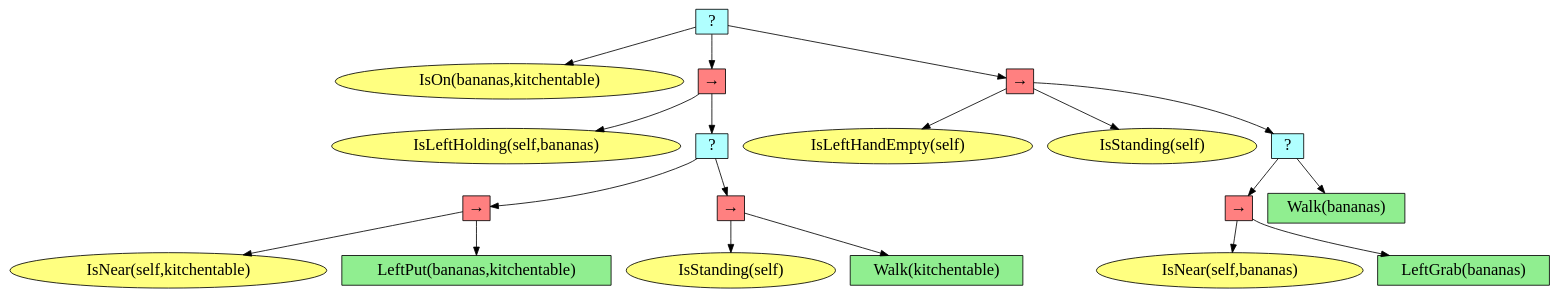
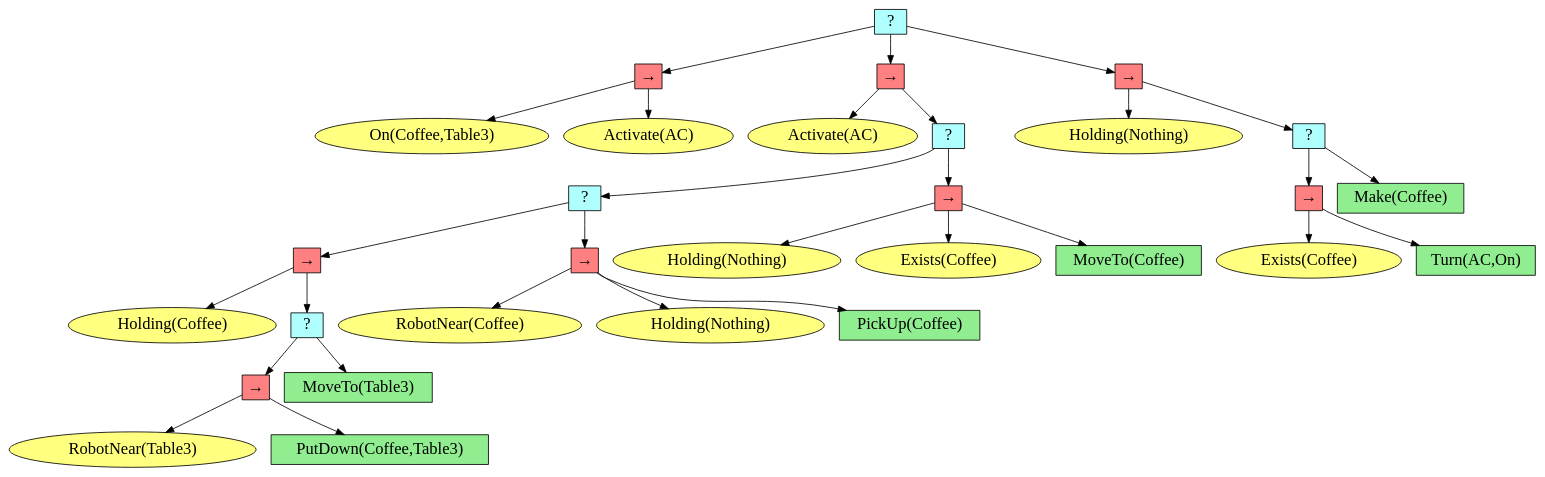
The diagram in test_exp/behavior_tree.dot (DIDS-EI/BTPG), drawn with Graphviz before and after one commit. The commit also changed 122 other files, not shown here.

```diff
--- a/test_exp/behavior_tree.dot
+++ b/test_exp/behavior_tree.dot
@@ -1,43 +1,65 @@
 digraph pastafarianism {
 ordering=out;
 graph [fontname="times-roman"];
 node [fontname="times-roman"];
 edge [fontname="times-roman"];
-"40f82983-9d9c-406b-8596-ec997982a6ed" [fillcolor="#B0FFFF", fontcolor=black, fontsize=20, height=0.01, label=" ? ", shape=box, style=filled, width=0.01];
-"16200e71-0574-4304-a02e-e43d4520b7f6" [fillcolor="#FFFF80", fontcolor=black, fontsize=20, label="IsOn(bananas,kitchentable)", shape=ellipse, style=filled];
-"40f82983-9d9c-406b-8596-ec997982a6ed" -> "16200e71-0574-4304-a02e-e43d4520b7f6";
-"a3d5c5c7-b396-41d6-abc4-cf937ff321f8" [fillcolor="#FF8080", fontcolor=black, fontsize=20, height=0.01, label="&rarr;", shape=box, style=filled, width=0.01];
-"40f82983-9d9c-406b-8596-ec997982a6ed" -> "a3d5c5c7-b396-41d6-abc4-cf937ff321f8";
-"e4f90367-a468-4d9b-9986-2e297e361738" [fillcolor="#FFFF80", fontcolor=black, fontsize=20, label="IsLeftHolding(self,bananas)", shape=ellipse, style=filled];
-"a3d5c5c7-b396-41d6-abc4-cf937ff321f8" -> "e4f90367-a468-4d9b-9986-2e297e361738";
-"5a3b6505-2d5f-41e8-a112-a7fbfb0b7207" [fillcolor="#B0FFFF", fontcolor=black, fontsize=20, height=0.01, label=" ? ", shape=box, style=filled, width=0.01];
-"a3d5c5c7-b396-41d6-abc4-cf937ff321f8" -> "5a3b6505-2d5f-41e8-a112-a7fbfb0b7207";
-"6379d0ea-50d9-4bb2-a4da-4aa83838ca2d" [fillcolor="#FF8080", fontcolor=black, fontsize=20, height=0.01, label="&rarr;", shape=box, style=filled, width=0.01];
-"5a3b6505-2d5f-41e8-a112-a7fbfb0b7207" -> "6379d0ea-50d9-4bb2-a4da-4aa83838ca2d";
-"ab361e4c-1574-41ef-80e0-39c66134d927" [fillcolor="#FFFF80", fontcolor=black, fontsize=20, label="IsNear(self,kitchentable)", shape=ellipse, style=filled];
-"6379d0ea-50d9-4bb2-a4da-4aa83838ca2d" -> "ab361e4c-1574-41ef-80e0-39c66134d927";
-"bf61431f-1dd8-4c15-87e6-ecb0b1310901" [fillcolor=lightgreen, fontcolor=black, fontsize=20, label="LeftPut(bananas,kitchentable)", shape=box, style=filled];
-"6379d0ea-50d9-4bb2-a4da-4aa83838ca2d" -> "bf61431f-1dd8-4c15-87e6-ecb0b1310901";
-"74c73ca9-314f-4df0-a4b1-ecd2e4e188db" [fillcolor="#FF8080", fontcolor=black, fontsize=20, height=0.01, label="&rarr;", shape=box, style=filled, width=0.01];
-"5a3b6505-2d5f-41e8-a112-a7fbfb0b7207" -> "74c73ca9-314f-4df0-a4b1-ecd2e4e188db";
-"d01ee830-f73d-4e5c-ac31-7da692244c28" [fillcolor="#FFFF80", fontcolor=black, fontsize=20, label="IsStanding(self)", shape=ellipse, style=filled];
-"74c73ca9-314f-4df0-a4b1-ecd2e4e188db" -> "d01ee830-f73d-4e5c-ac31-7da692244c28";
-"3198800f-9385-4e59-a275-16dbc992dbc7" [fillcolor=lightgreen, fontcolor=black, fontsize=20, label="Walk(kitchentable)", shape=box, style=filled];
-"74c73ca9-314f-4df0-a4b1-ecd2e4e188db" -> "3198800f-9385-4e59-a275-16dbc992dbc7";
-"9b5aa33a-eee5-478f-9d2c-d781448f0702" [fillcolor="#FF8080", fontcolor=black, fontsize=20, height=0.01, label="&rarr;", shape=box, style=filled, width=0.01];
-"40f82983-9d9c-406b-8596-ec997982a6ed" -> "9b5aa33a-eee5-478f-9d2c-d781448f0702";
-"8ae724f1-8840-4f36-9e93-8e6c21063c74" [fillcolor="#FFFF80", fontcolor=black, fontsize=20, label="IsLeftHandEmpty(self)", shape=ellipse, style=filled];
-"9b5aa33a-eee5-478f-9d2c-d781448f0702" -> "8ae724f1-8840-4f36-9e93-8e6c21063c74";
-"03ac7de2-fa3b-4048-a3b3-c958cc95be7e" [fillcolor="#FFFF80", fontcolor=black, fontsize=20, label="IsStanding(self)", shape=ellipse, style=filled];
-"9b5aa33a-eee5-478f-9d2c-d781448f0702" -> "03ac7de2-fa3b-4048-a3b3-c958cc95be7e";
-"6b944195-2440-4d86-be34-6f605774c98a" [fillcolor="#B0FFFF", fontcolor=black, fontsize=20, height=0.01, label=" ? ", shape=box, style=filled, width=0.01];
-"9b5aa33a-eee5-478f-9d2c-d781448f0702" -> "6b944195-2440-4d86-be34-6f605774c98a";
-"51a212ee-7208-40d9-b470-fb4bcd508642" [fillcolor="#FF8080", fontcolor=black, fontsize=20, height=0.01, label="&rarr;", shape=box, style=filled, width=0.01];
-"6b944195-2440-4d86-be34-6f605774c98a" -> "51a212ee-7208-40d9-b470-fb4bcd508642";
-"e76e73ae-3564-4c4c-bcc8-80feda7fb6dc" [fillcolor="#FFFF80", fontcolor=black, fontsize=20, label="IsNear(self,bananas)", shape=ellipse, style=filled];
-"51a212ee-7208-40d9-b470-fb4bcd508642" -> "e76e73ae-3564-4c4c-bcc8-80feda7fb6dc";
-"1214ef18-2906-473e-bc9c-2d9bc7a5118d" [fillcolor=lightgreen, fontcolor=black, fontsize=20, label="LeftGrab(bananas)", shape=box, style=filled];
-"51a212ee-7208-40d9-b470-fb4bcd508642" -> "1214ef18-2906-473e-bc9c-2d9bc7a5118d";
-"0d3661cf-f8e1-4c2d-b9e7-064c564ba4e1" [fillcolor=lightgreen, fontcolor=black, fontsize=20, label="Walk(bananas)", shape=box, style=filled];
-"6b944195-2440-4d86-be34-6f605774c98a" -> "0d3661cf-f8e1-4c2d-b9e7-064c564ba4e1";
+"50680822-8e47-41cf-b32c-23c562c227e6" [fillcolor="#B0FFFF", fontcolor=black, fontsize=20, height=0.01, label=" ? ", shape=box, style=filled, width=0.01];
+"8c1f03a9-753e-4ec4-8f8c-b8338b1f7605" [fillcolor="#FF8080", fontcolor=black, fontsize=20, height=0.01, label="&rarr;", shape=box, style=filled, width=0.01];
+"50680822-8e47-41cf-b32c-23c562c227e6" -> "8c1f03a9-753e-4ec4-8f8c-b8338b1f7605";
+"e6656691-579c-4e60-a2ee-961c8ffc5c30" [fillcolor="#FFFF80", fontcolor=black, fontsize=20, label="On(Coffee,Table3)", shape=ellipse, style=filled];
+"8c1f03a9-753e-4ec4-8f8c-b8338b1f7605" -> "e6656691-579c-4e60-a2ee-961c8ffc5c30";
+"e9ea0b88-65bd-43b9-86c2-92b1bd54bc23" [fillcolor="#FFFF80", fontcolor=black, fontsize=20, label="Activate(AC)", shape=ellipse, style=filled];
+"8c1f03a9-753e-4ec4-8f8c-b8338b1f7605" -> "e9ea0b88-65bd-43b9-86c2-92b1bd54bc23";
+"9cfd6960-1d68-43d5-9827-5c3369c995dd" [fillcolor="#FF8080", fontcolor=black, fontsize=20, height=0.01, label="&rarr;", shape=box, style=filled, width=0.01];
+"50680822-8e47-41cf-b32c-23c562c227e6" -> "9cfd6960-1d68-43d5-9827-5c3369c995dd";
+"bba1da41-0f1e-4c0f-8a77-36927a8a5d1b" [fillcolor="#FFFF80", fontcolor=black, fontsize=20, label="Activate(AC)", shape=ellipse, style=filled];
+"9cfd6960-1d68-43d5-9827-5c3369c995dd" -> "bba1da41-0f1e-4c0f-8a77-36927a8a5d1b";
+"1c739dbb-5350-4b6c-ba73-3d50d4c93bfd" [fillcolor="#B0FFFF", fontcolor=black, fontsize=20, height=0.01, label=" ? ", shape=box, style=filled, width=0.01];
+"9cfd6960-1d68-43d5-9827-5c3369c995dd" -> "1c739dbb-5350-4b6c-ba73-3d50d4c93bfd";
+"cce75249-d9fd-4e65-abea-160337b1f96b" [fillcolor="#B0FFFF", fontcolor=black, fontsize=20, height=0.01, label=" ? ", shape=box, style=filled, width=0.01];
+"1c739dbb-5350-4b6c-ba73-3d50d4c93bfd" -> "cce75249-d9fd-4e65-abea-160337b1f96b";
+"4bb018f9-5f77-4922-a4fa-0d0c6ab7f91e" [fillcolor="#FF8080", fontcolor=black, fontsize=20, height=0.01, label="&rarr;", shape=box, style=filled, width=0.01];
+"cce75249-d9fd-4e65-abea-160337b1f96b" -> "4bb018f9-5f77-4922-a4fa-0d0c6ab7f91e";
+"f1089355-c016-4cb1-b1e2-9493f795153b" [fillcolor="#FFFF80", fontcolor=black, fontsize=20, label="Holding(Coffee)", shape=ellipse, style=filled];
+"4bb018f9-5f77-4922-a4fa-0d0c6ab7f91e" -> "f1089355-c016-4cb1-b1e2-9493f795153b";
+"4da8dc95-eb01-4bb1-9cfe-b1e9e3fd81b2" [fillcolor="#B0FFFF", fontcolor=black, fontsize=20, height=0.01, label=" ? ", shape=box, style=filled, width=0.01];
+"4bb018f9-5f77-4922-a4fa-0d0c6ab7f91e" -> "4da8dc95-eb01-4bb1-9cfe-b1e9e3fd81b2";
+"f012afdc-2e4a-47f4-86ca-e5a84ec4fba2" [fillcolor="#FF8080", fontcolor=black, fontsize=20, height=0.01, label="&rarr;", shape=box, style=filled, width=0.01];
+"4da8dc95-eb01-4bb1-9cfe-b1e9e3fd81b2" -> "f012afdc-2e4a-47f4-86ca-e5a84ec4fba2";
+"adc20bb1-71ec-4710-8823-14a958c0e207" [fillcolor="#FFFF80", fontcolor=black, fontsize=20, label="RobotNear(Table3)", shape=ellipse, style=filled];
+"f012afdc-2e4a-47f4-86ca-e5a84ec4fba2" -> "adc20bb1-71ec-4710-8823-14a958c0e207";
+"fabc77a7-5436-4d52-af07-84bd445ab112" [fillcolor=lightgreen, fontcolor=black, fontsize=20, label="PutDown(Coffee,Table3)", shape=box, style=filled];
+"f012afdc-2e4a-47f4-86ca-e5a84ec4fba2" -> "fabc77a7-5436-4d52-af07-84bd445ab112";
+"046dd9e3-c441-4587-8a88-bdd58a6549f3" [fillcolor=lightgreen, fontcolor=black, fontsize=20, label="MoveTo(Table3)", shape=box, style=filled];
+"4da8dc95-eb01-4bb1-9cfe-b1e9e3fd81b2" -> "046dd9e3-c441-4587-8a88-bdd58a6549f3";
+"640bd10c-2b02-4397-a3d5-64d5b406f7fb" [fillcolor="#FF8080", fontcolor=black, fontsize=20, height=0.01, label="&rarr;", shape=box, style=filled, width=0.01];
+"cce75249-d9fd-4e65-abea-160337b1f96b" -> "640bd10c-2b02-4397-a3d5-64d5b406f7fb";
+"17b760a0-8e70-45e3-8880-101ca4e292c4" [fillcolor="#FFFF80", fontcolor=black, fontsize=20, label="RobotNear(Coffee)", shape=ellipse, style=filled];
+"640bd10c-2b02-4397-a3d5-64d5b406f7fb" -> "17b760a0-8e70-45e3-8880-101ca4e292c4";
+"132038d0-4edd-4535-ad9f-a0cb30414b14" [fillcolor="#FFFF80", fontcolor=black, fontsize=20, label="Holding(Nothing)", shape=ellipse, style=filled];
+"640bd10c-2b02-4397-a3d5-64d5b406f7fb" -> "132038d0-4edd-4535-ad9f-a0cb30414b14";
+"c7126943-5dba-4ee3-b968-8c1aca2c21aa" [fillcolor=lightgreen, fontcolor=black, fontsize=20, label="PickUp(Coffee)", shape=box, style=filled];
+"640bd10c-2b02-4397-a3d5-64d5b406f7fb" -> "c7126943-5dba-4ee3-b968-8c1aca2c21aa";
+"ae4e87fd-d699-49ad-bf1a-6db39e6f239a" [fillcolor="#FF8080", fontcolor=black, fontsize=20, height=0.01, label="&rarr;", shape=box, style=filled, width=0.01];
+"1c739dbb-5350-4b6c-ba73-3d50d4c93bfd" -> "ae4e87fd-d699-49ad-bf1a-6db39e6f239a";
+"decb817c-6033-4f9f-9285-c6ebc7218b4a" [fillcolor="#FFFF80", fontcolor=black, fontsize=20, label="Holding(Nothing)", shape=ellipse, style=filled];
+"ae4e87fd-d699-49ad-bf1a-6db39e6f239a" -> "decb817c-6033-4f9f-9285-c6ebc7218b4a";
+"3bdc7bbc-d9ec-44f6-9600-4933870385c9" [fillcolor="#FFFF80", fontcolor=black, fontsize=20, label="Exists(Coffee)", shape=ellipse, style=filled];
+"ae4e87fd-d699-49ad-bf1a-6db39e6f239a" -> "3bdc7bbc-d9ec-44f6-9600-4933870385c9";
+"fc725f68-3de6-48e1-87d5-29bbeb535cd7" [fillcolor=lightgreen, fontcolor=black, fontsize=20, label="MoveTo(Coffee)", shape=box, style=filled];
+"ae4e87fd-d699-49ad-bf1a-6db39e6f239a" -> "fc725f68-3de6-48e1-87d5-29bbeb535cd7";
+"97b7b4d7-0a2e-4161-8506-ece71626a2fe" [fillcolor="#FF8080", fontcolor=black, fontsize=20, height=0.01, label="&rarr;", shape=box, style=filled, width=0.01];
+"50680822-8e47-41cf-b32c-23c562c227e6" -> "97b7b4d7-0a2e-4161-8506-ece71626a2fe";
+"664bf6c2-409f-4ccf-8ad0-bda72cae4f1b" [fillcolor="#FFFF80", fontcolor=black, fontsize=20, label="Holding(Nothing)", shape=ellipse, style=filled];
+"97b7b4d7-0a2e-4161-8506-ece71626a2fe" -> "664bf6c2-409f-4ccf-8ad0-bda72cae4f1b";
+"13a1a829-57e5-47ff-8c83-651efd75cce0" [fillcolor="#B0FFFF", fontcolor=black, fontsize=20, height=0.01, label=" ? ", shape=box, style=filled, width=0.01];
+"97b7b4d7-0a2e-4161-8506-ece71626a2fe" -> "13a1a829-57e5-47ff-8c83-651efd75cce0";
+"94211690-45f1-4275-bfcc-1a2cc7f9ca5a" [fillcolor="#FF8080", fontcolor=black, fontsize=20, height=0.01, label="&rarr;", shape=box, style=filled, width=0.01];
+"13a1a829-57e5-47ff-8c83-651efd75cce0" -> "94211690-45f1-4275-bfcc-1a2cc7f9ca5a";
+"47fcca4c-eaef-4302-944d-20ba28d36ca1" [fillcolor="#FFFF80", fontcolor=black, fontsize=20, label="Exists(Coffee)", shape=ellipse, style=filled];
+"94211690-45f1-4275-bfcc-1a2cc7f9ca5a" -> "47fcca4c-eaef-4302-944d-20ba28d36ca1";
+"2ded373a-a29e-4d40-9d95-2c75ea5bbfa6" [fillcolor=lightgreen, fontcolor=black, fontsize=20, label="Turn(AC,On)", shape=box, style=filled];
+"94211690-45f1-4275-bfcc-1a2cc7f9ca5a" -> "2ded373a-a29e-4d40-9d95-2c75ea5bbfa6";
+"11a139e9-2cc6-4d33-953a-7e00c62d1720" [fillcolor=lightgreen, fontcolor=black, fontsize=20, label="Make(Coffee)", shape=box, style=filled];
+"13a1a829-57e5-47ff-8c83-651efd75cce0" -> "11a139e9-2cc6-4d33-953a-7e00c62d1720";
 }
```
